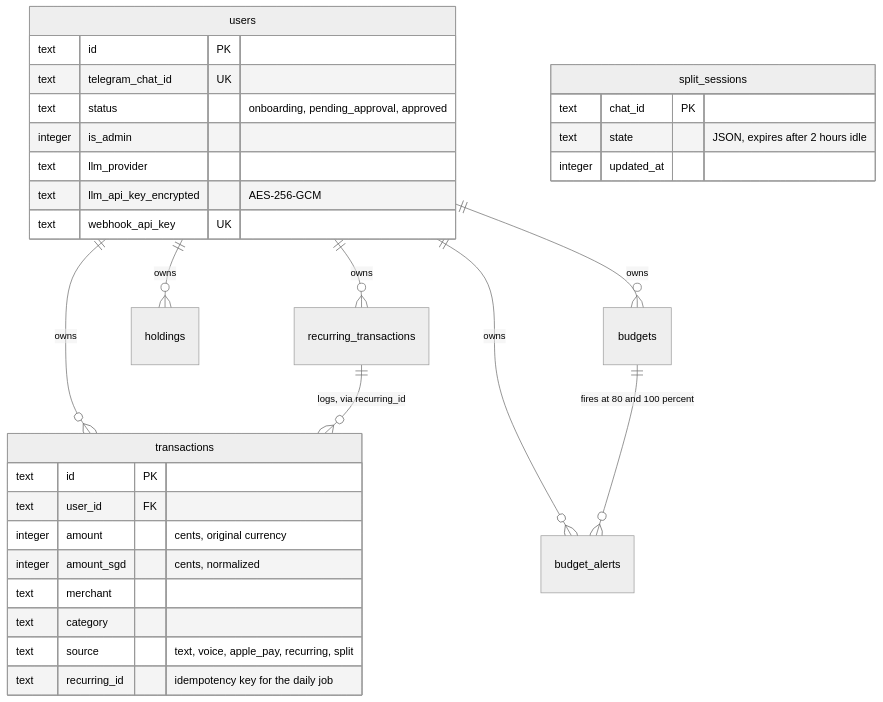
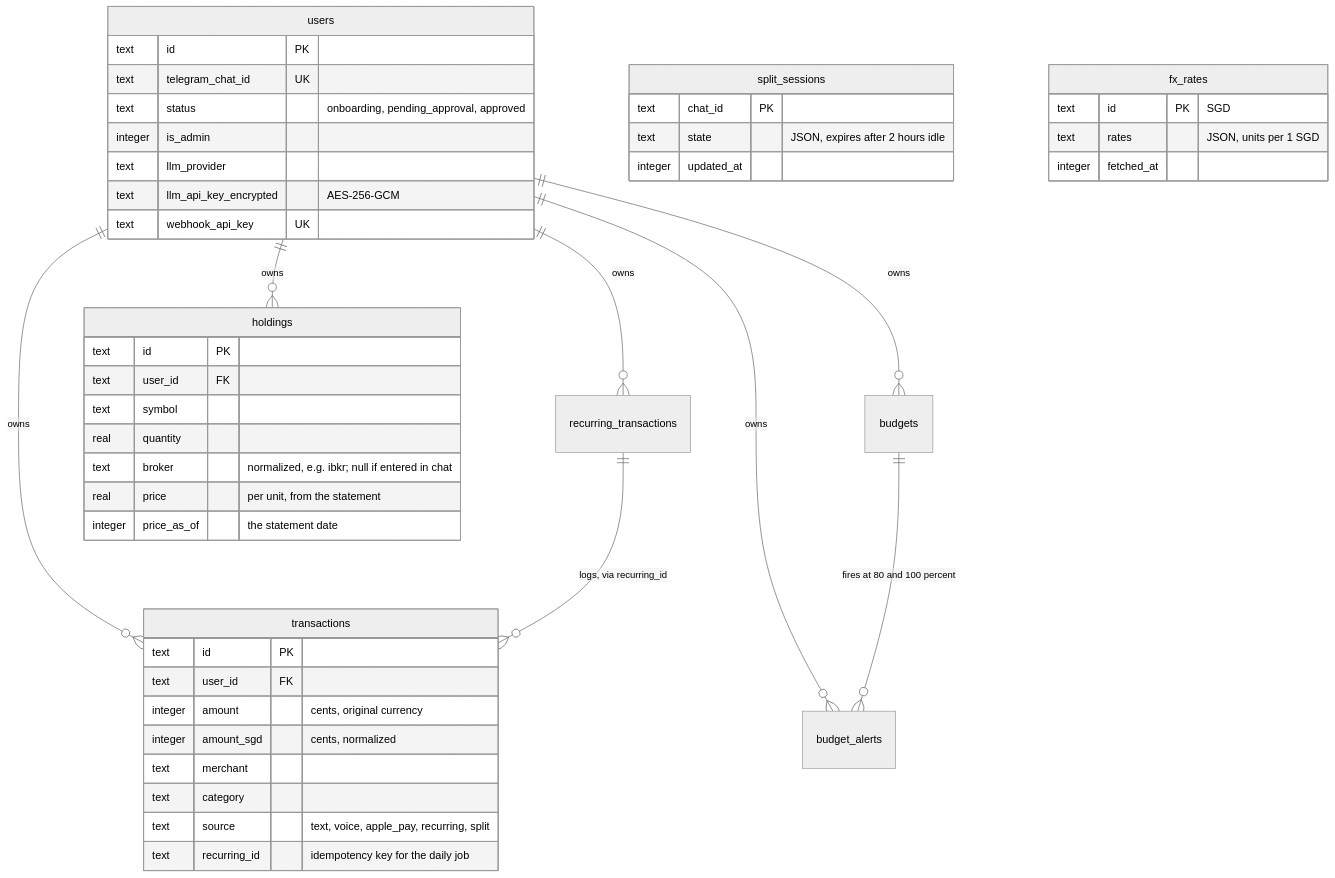
One commit to zzkhong/plutus-ai changed the sixth of 6 diagrams in docs/architecture.md. Above: the diagram before and after it, drawn with Mermaid (neutral theme). The commit also changed other lines of this file and 3 other files, not shown here.

First line of the commit message:
docs: user-facing README; rates and statements in setup and architecture

````diff
--- a/docs/architecture.md
+++ b/docs/architecture.md
@@ -175,35 +179,49 @@
 ```mermaid
 erDiagram
     users ||--o{ transactions : owns
     users ||--o{ budgets : owns
     users ||--o{ budget_alerts : owns
     users ||--o{ holdings : owns
     users ||--o{ recurring_transactions : owns
     budgets ||--o{ budget_alerts : "fires at 80 and 100 percent"
     recurring_transactions ||--o{ transactions : "logs, via recurring_id"
 
     users {
         text id PK
         text telegram_chat_id UK
         text status "onboarding, pending_approval, approved"
         integer is_admin
         text llm_provider
         text llm_api_key_encrypted "AES-256-GCM"
         text webhook_api_key UK
     }
     transactions {
         text id PK
         text user_id FK
         integer amount "cents, original currency"
         integer amount_sgd "cents, normalized"
         text merchant
         text category
         text source "text, voice, apple_pay, recurring, split"
         text recurring_id "idempotency key for the daily job"
     }
     split_sessions {
         text chat_id PK
         text state "JSON, expires after 2 hours idle"
         integer updated_at
     }
+    holdings {
+        text id PK
+        text user_id FK
+        text symbol
+        real quantity
+        text broker "normalized, e.g. ibkr; null if entered in chat"
+        real price "per unit, from the statement"
+        integer price_as_of "the statement date"
+    }
+    fx_rates {
+        text id PK "SGD"
+        text rates "JSON, units per 1 SGD"
+        integer fetched_at
+    }
 ```
````
